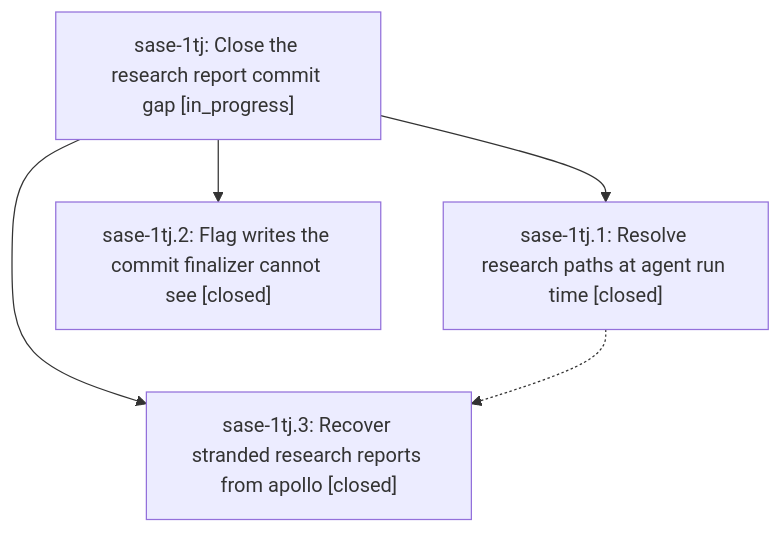
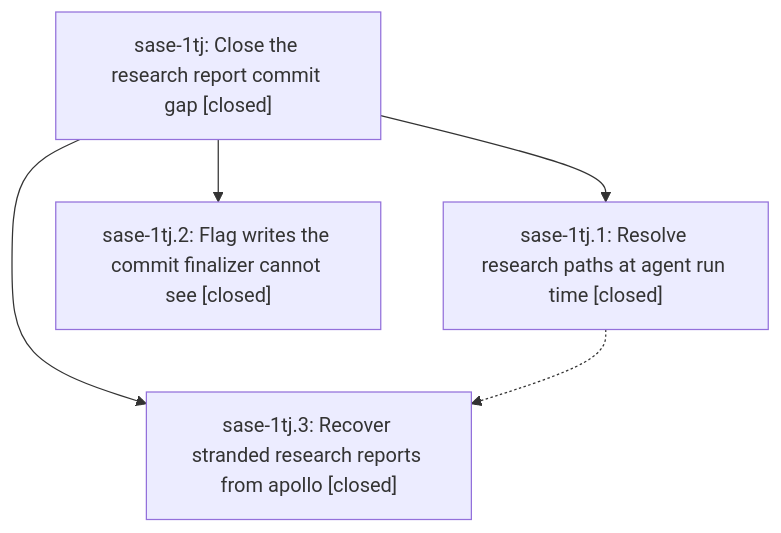
The diagram in pages/sase-1tj/README.md (sase-org/sase--beads), drawn with Mermaid before and after one commit. The commit also changed other lines of this file and 2 other files, not shown here.

First line of the commit message:
chore(beads): sync bead state and pages for sase-1tj

````diff
--- a/pages/sase-1tj/README.md
+++ b/pages/sase-1tj/README.md
@@ -38,11 +52,11 @@
 ```mermaid
 flowchart TD
-    n0["sase-1tj: Close the research report commit gap [in_progress]"]
+    n0["sase-1tj: Close the research report commit gap [closed]"]
     n1["sase-1tj.1: Resolve research paths at agent run time [closed]"]
     n2["sase-1tj.2: Flag writes the commit finalizer cannot see [closed]"]
     n3["sase-1tj.3: Recover stranded research reports from apollo [closed]"]
     n0 --> n1
     n0 --> n2
     n0 --> n3
     n1 -.-> n3
 ```
````
